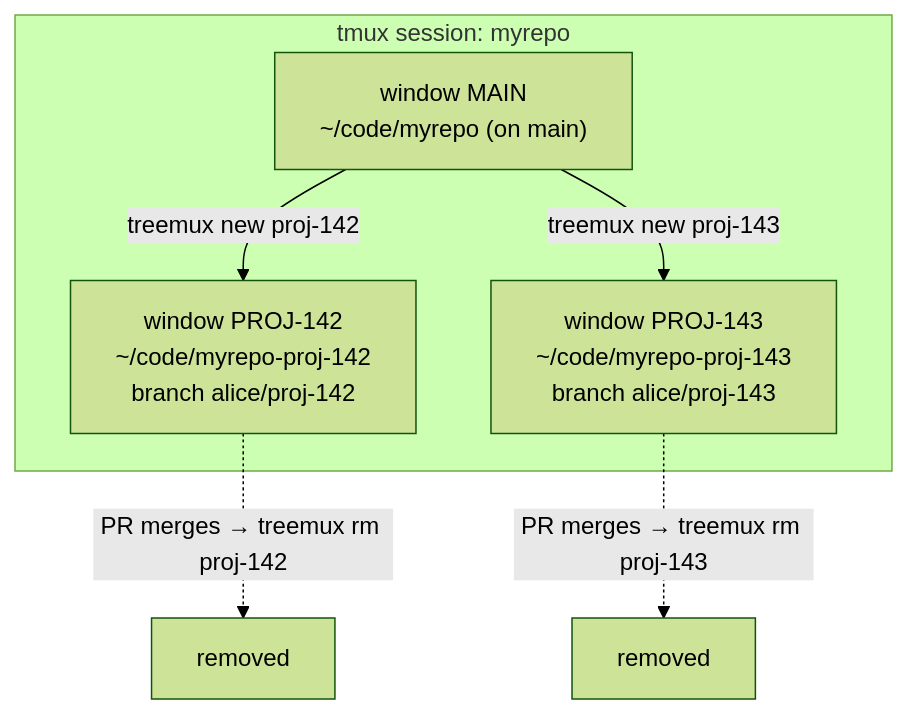
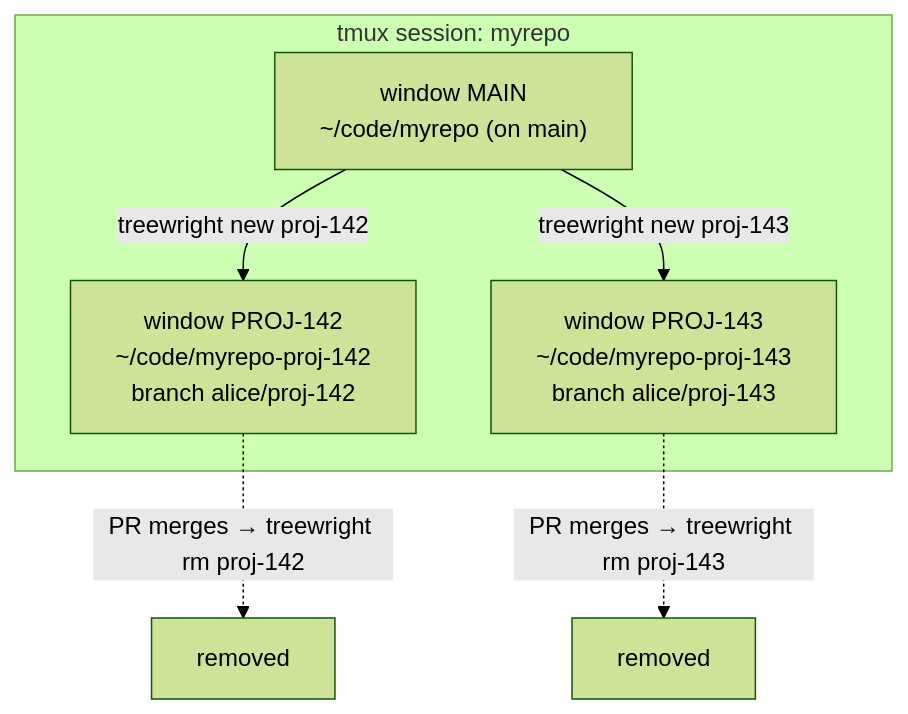
Before and after one commit to jay-snyder/treewright: the diagram in README.md, drawn with Mermaid (forest theme). The commit also changed other lines of this file and 34 other files, not shown here.

First line of the commit message:
Rename treemux to treewright, typed as tw

````diff
--- a/README.md
+++ b/README.md
@@ -11,12 +11,12 @@
 ```mermaid
 flowchart TD
     subgraph S["tmux session: myrepo"]
         B["window MAIN<br/>~/code/myrepo (on main)"]
         W1["window PROJ-142<br/>~/code/myrepo-proj-142<br/>branch alice/proj-142"]
         W2["window PROJ-143<br/>~/code/myrepo-proj-143<br/>branch alice/proj-143"]
     end
-    B -->|treemux new proj-142| W1
-    B -->|treemux new proj-143| W2
-    W1 -.->|PR merges → treemux rm proj-142| X1["removed"]
-    W2 -.->|PR merges → treemux rm proj-143| X2["removed"]
+    B -->|treewright new proj-142| W1
+    B -->|treewright new proj-143| W2
+    W1 -.->|PR merges → treewright rm proj-142| X1["removed"]
+    W2 -.->|PR merges → treewright rm proj-143| X2["removed"]
 ```
````
